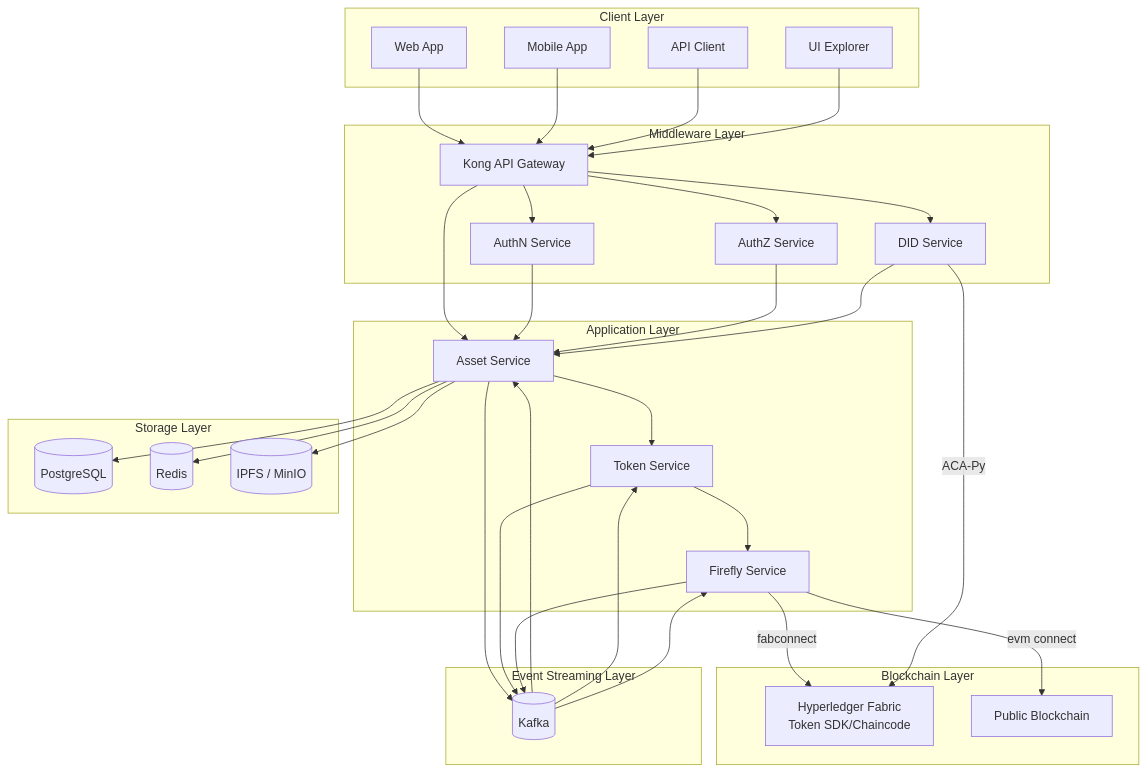
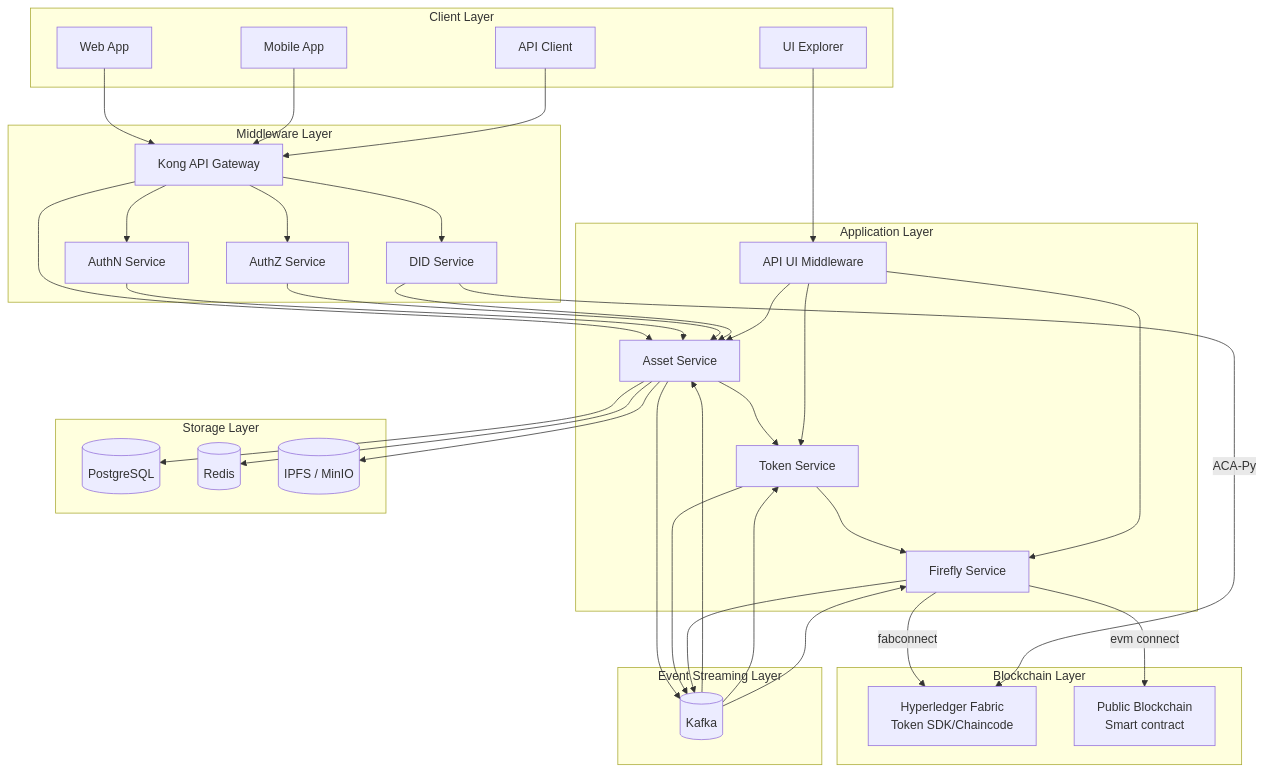
One commit to metafi-blockchain/metafi-digital-assets-service changed the first of 4 diagrams in docs/architecture-design.en.md. Above: the diagram before and after it, drawn with Mermaid.

````diff
--- a/docs/architecture-design.en.md
+++ b/docs/architecture-design.en.md
@@ -19,68 +19,73 @@
 ```mermaid
 graph TD
     subgraph "Client Layer"
         Web[Web App]
         Mobile[Mobile App]
         API[API Client]
         Explorer[UI Explorer]
     end
 
     subgraph "Middleware Layer"
         Gateway[Kong API Gateway]
         AuthN[AuthN Service]
         AuthZ[AuthZ Service]
         DID["DID Service"]
     end
 
     subgraph "Application Layer"
         Asset[Asset Service]
         Token[Token Service]
         Firefly[Firefly Service]
+        APIUIMW[API UI Middleware]
     end
 
     subgraph "Blockchain Layer"
         Fabric["Hyperledger Fabric<br/>Token SDK/Chaincode"]
-        PublicChain[Public Blockchain]
+        PublicChain[Public Blockchain<br/>  Smart contract]
     end
 
     subgraph "Storage Layer"
         DB[(PostgreSQL)]
         Cache[(Redis)]
         Storage[(IPFS / MinIO)]
     end
 
     subgraph "Event Streaming Layer"
         Kafka[(Kafka)]
     end
 
     Web --> Gateway
     Mobile --> Gateway
     API --> Gateway
-    Explorer --> Gateway
+    Explorer --> APIUIMW
 
     Gateway --> AuthN
     Gateway --> AuthZ
     Gateway --> Asset
     Gateway --> DID
 
     AuthN --> Asset
     AuthZ --> Asset
     DID --> Asset
 
     Asset --> Token
     Token --> Firefly
     Firefly --> |fabconnect| Fabric
     Firefly --> |evm connect| PublicChain
 
     Asset --> DB
     Asset --> Cache
     Asset --> Storage
     DID -->|ACA-Py| Fabric
 
     Asset --> Kafka
     Kafka --> Asset
     Token --> Kafka
     Kafka --> Token
     Firefly --> Kafka
     Kafka --> Firefly
+
+    APIUIMW --> Asset
+    APIUIMW --> Token
+    APIUIMW --> Firefly
 ```
````
